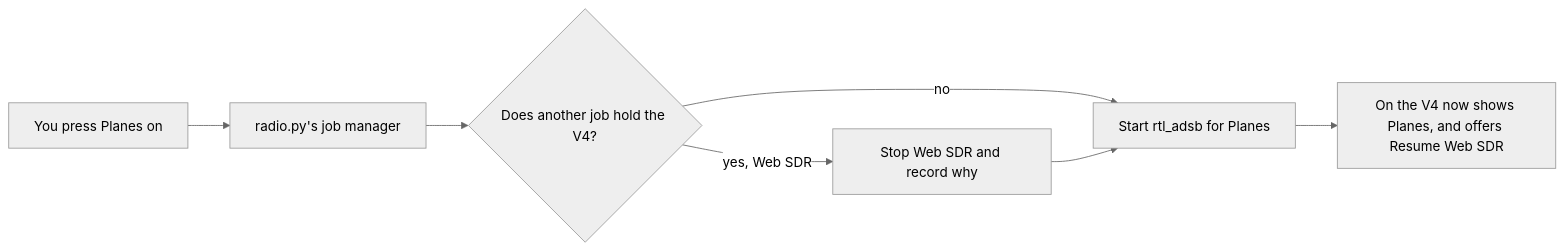
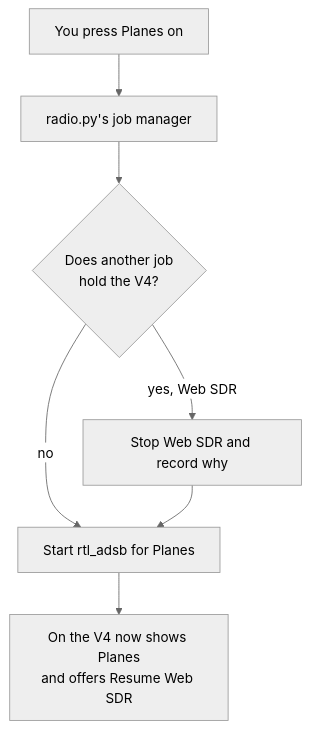
Before and after one commit to RedThoroughbred/rtl-sdr-tab: the third of 4 diagrams in docs/details.md, drawn with Mermaid (neutral theme). The commit also changed other lines of this file, not shown here.

Commit message:
docs: diagrams that fit the page (long chains top to bottom, shorter label lines)

````diff
--- a/docs/details.md
+++ b/docs/details.md
@@ -608,9 +608,9 @@
 ```mermaid
-flowchart LR
+flowchart TD
     press["You press Planes on"] --> jm["radio.py's job manager"]
-    jm --> held{"Does another job hold the V4?"}
+    jm --> held{"Does another job<br>hold the V4?"}
     held -->|"yes, Web SDR"| halt["Stop Web SDR and record why"]
     held -->|no| run
     halt --> run["Start rtl_adsb for Planes"]
-    run --> tab["On the V4 now shows Planes, and offers Resume Web SDR"]
+    run --> tab["On the V4 now shows Planes<br>and offers Resume Web SDR"]
 ```
````
